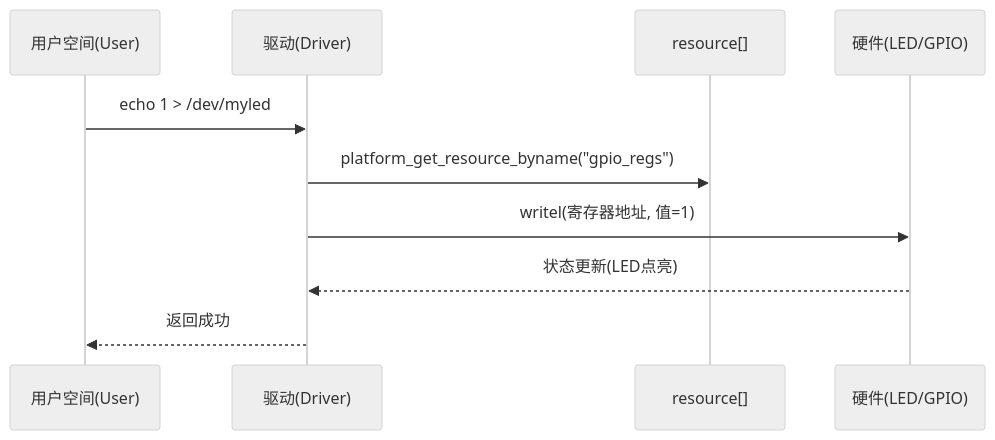
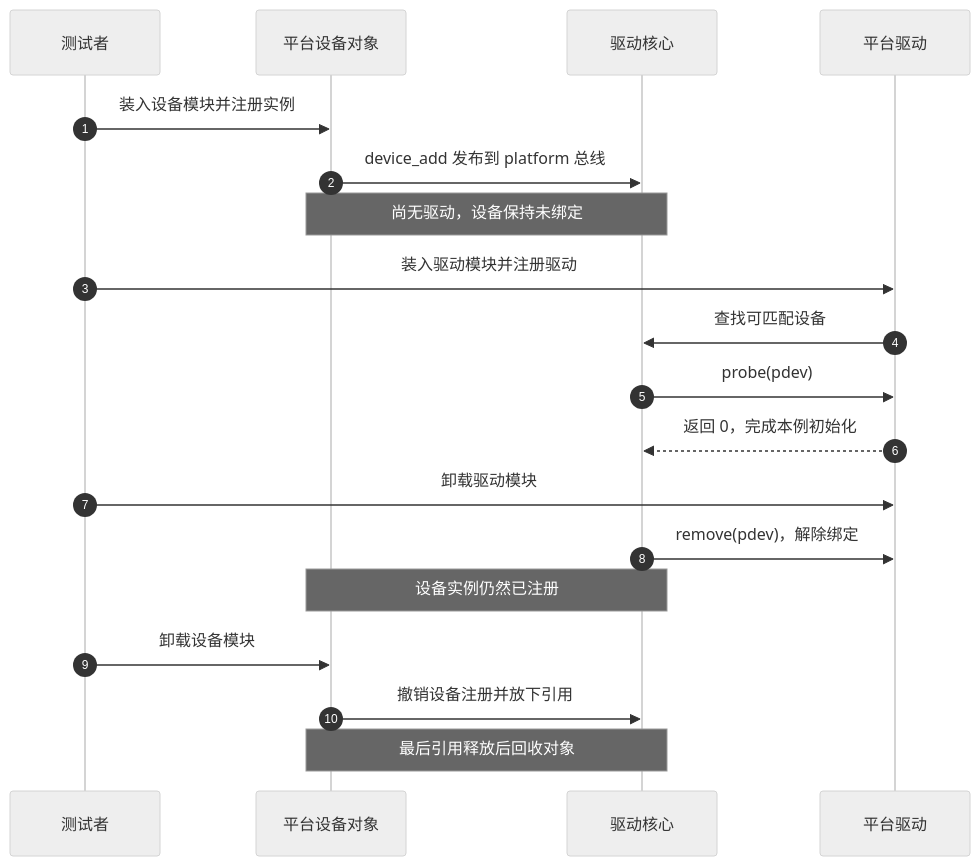
The second of 2 diagrams in knowledge/driver_model/device_tree/设备树+platform开发/P01_旧式平台设备与资源机制.md (FormingSystem/linux_note), drawn with Mermaid (neutral theme) before and after one commit. The commit also changed other lines of this file and 1 other file, not shown here.

First line of the commit message:
content(device_tree): 重建板级资源到设备驱动绑定的解释链

````diff
--- a/knowledge/driver_model/device_tree/设备树+platform开发/P01_旧式平台设备与资源机制.md
+++ b/knowledge/driver_model/device_tree/设备树+platform开发/P01_旧式平台设备与资源机制.md
@@ -485,13 +203,21 @@
 ```mermaid
 sequenceDiagram
-    participant U as 用户空间(User)
-    participant D as 驱动(Driver)
-    participant R as resource[]
-    participant HW as 硬件(LED/GPIO)
-
-    U->>D: echo 1 > /dev/myled
-    D->>R: platform_get_resource_byname("gpio_regs")
-    D->>HW: writel(寄存器地址, 值=1)
-    HW-->>D: 状态更新(LED点亮)
-    D-->>U: 返回成功
+    autonumber
+    participant U as 测试者
+    participant P as 平台设备对象
+    participant C as 驱动核心
+    participant D as 平台驱动
+    U->>P: 装入设备模块并注册实例
+    P->>C: device_add 发布到 platform 总线
+    Note over P,C: 尚无驱动，设备保持未绑定
+    U->>D: 装入驱动模块并注册驱动
+    D->>C: 查找可匹配设备
+    C->>D: probe(pdev)
+    D-->>C: 返回 0，完成本例初始化
+    U->>D: 卸载驱动模块
+    C->>D: remove(pdev)，解除绑定
+    Note over P,C: 设备实例仍然已注册
+    U->>P: 卸载设备模块
+    P->>C: 撤销设备注册并放下引用
+    Note over P,C: 最后引用释放后回收对象
 ```
````
